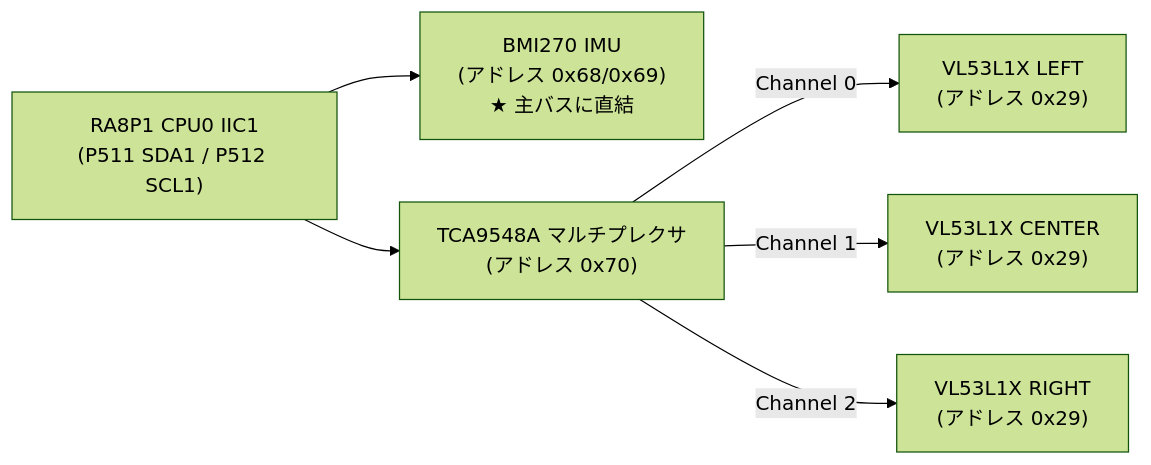
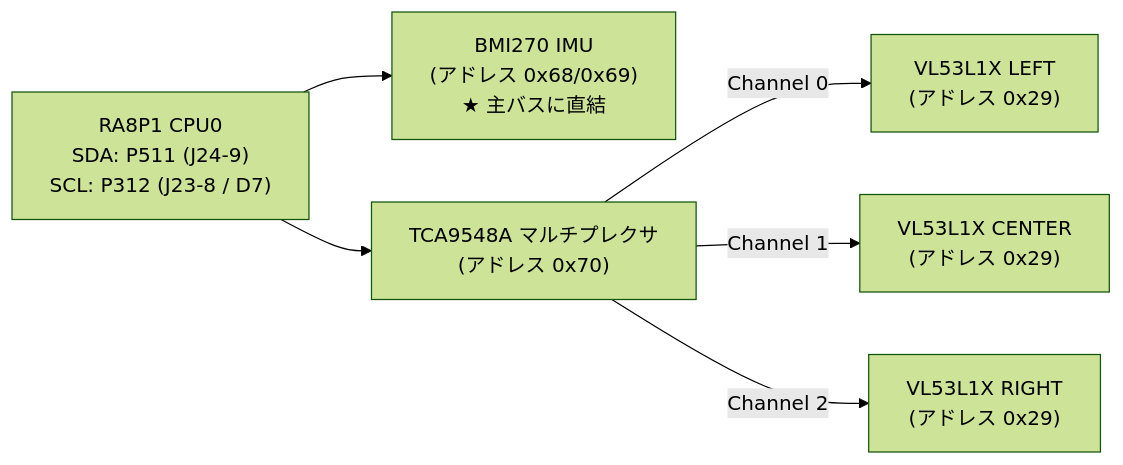
One commit to horned128/sound-exploration-rover changed the first of 3 diagrams in docs/textbook/07_sensor_and_autonomy.md. Above: the diagram before and after it, drawn with Mermaid (forest theme). The commit also changed other lines of this file and 20 other files, not shown here.

````diff
--- a/docs/textbook/07_sensor_and_autonomy.md
+++ b/docs/textbook/07_sensor_and_autonomy.md
@@ -38,9 +38,9 @@
 ```mermaid
 flowchart LR
-    C0["RA8P1 CPU0 IIC1<br/>(P511 SDA1 / P512 SCL1)"] --> BMI["BMI270 IMU<br/>(アドレス 0x68/0x69)<br/>★ 主バスに直結"]
+    C0["RA8P1 CPU0<br/>SDA: P511 (J24-9)<br/>SCL: P312 (J23-8 / D7)"] --> BMI["BMI270 IMU<br/>(アドレス 0x68/0x69)<br/>★ 主バスに直結"]
     C0 --> TCA["TCA9548A マルチプレクサ<br/>(アドレス 0x70)"]
     
     TCA -->|Channel 0| TOF_L["VL53L1X LEFT<br/>(アドレス 0x29)"]
     TCA -->|Channel 1| TOF_C["VL53L1X CENTER<br/>(アドレス 0x29)"]
     TCA -->|Channel 2| TOF_R["VL53L1X RIGHT<br/>(アドレス 0x29)"]
 ```
````
